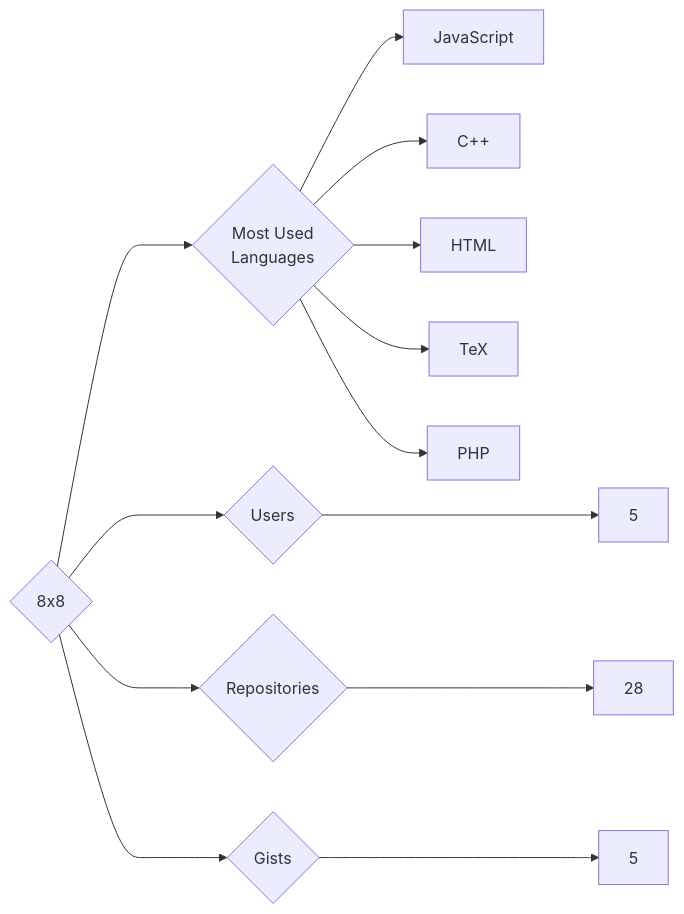
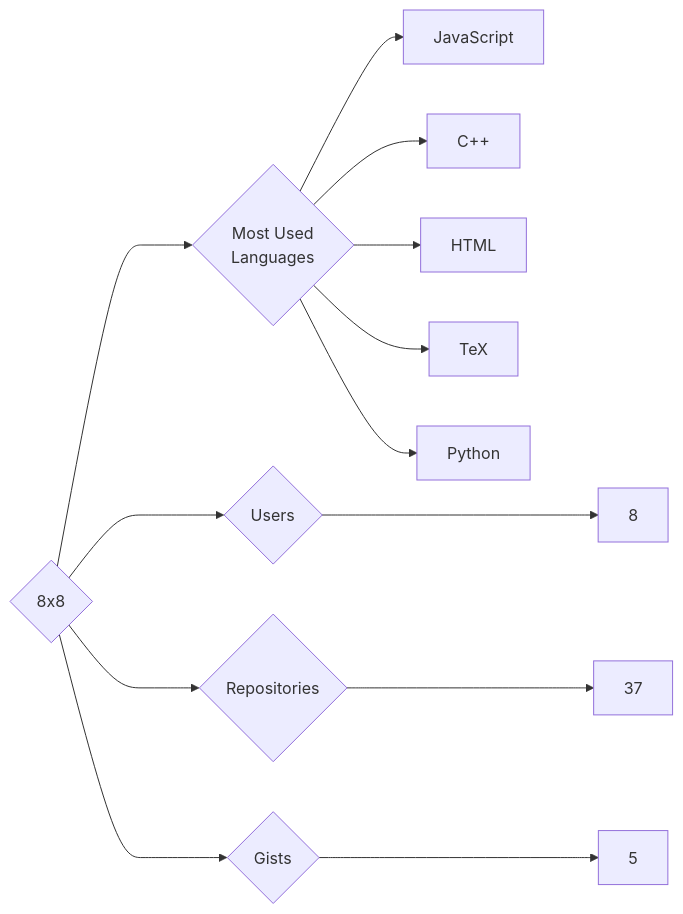
Before and after one commit to trickest/insiders: the diagram in targets/8x8/README.md, drawn with Mermaid. The commit also changed 1003 other files, not shown here.

````diff
--- a/targets/8x8/README.md
+++ b/targets/8x8/README.md
@@ -3,13 +3,13 @@
 ```mermaid
 graph LR
 COMPANY_NAME{8x8}
-COMPANY_NAME ---> U{Users} ---> UN[5]
-COMPANY_NAME ---> R{Repositories} ---> RN[28]
+COMPANY_NAME ---> U{Users} ---> UN[8]
+COMPANY_NAME ---> R{Repositories} ---> RN[37]
 COMPANY_NAME ---> G{Gists} ---> GN[5]
 COMPANY_NAME ---> ML{Most Used<br>Languages}
 ML --> JavaScript[JavaScript]
 ML --> C++[C++]
 ML --> HTML[HTML]
 ML --> TeX[TeX]
-ML --> PHP[PHP]
+ML --> Python[Python]
 ```
````
